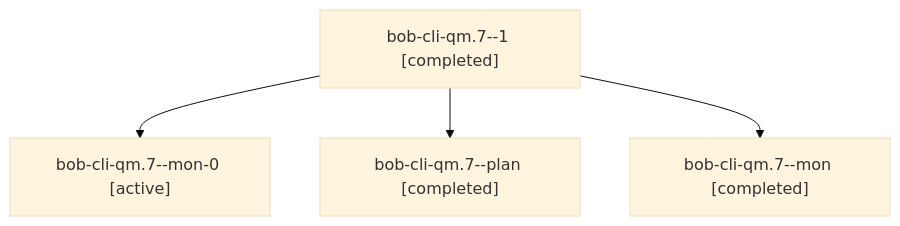
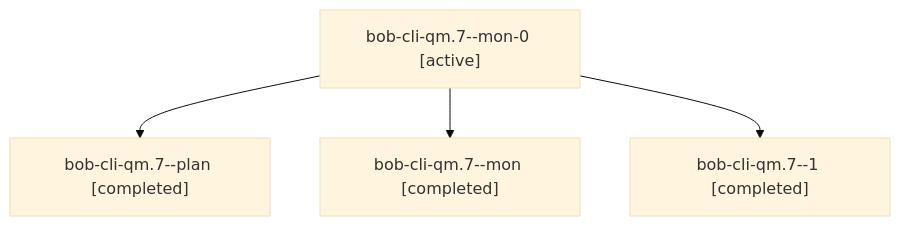
The diagram in sessions/bbugyi200.athena.bob-cli-qm.7.md (bobs-org/bob-cli--agents), drawn with Mermaid (base theme) before and after one commit. The commit also changed other lines of this file and 28 other files, not shown here.

````diff
--- a/sessions/bbugyi200.athena.bob-cli-qm.7.md
+++ b/sessions/bbugyi200.athena.bob-cli-qm.7.md
@@ -9,10 +9,10 @@
 ```mermaid
 flowchart TD
-  n0["bob-cli-qm.7--1 [completed]"]
-  n1["bob-cli-qm.7--mon-0 [active]"]
+  n0["bob-cli-qm.7--mon-0 [active]"]
+  n1["bob-cli-qm.7--plan [completed]"]
   n0 --> n1
-  n2["bob-cli-qm.7--plan [completed]"]
+  n2["bob-cli-qm.7--mon [completed]"]
   n0 --> n2
-  n3["bob-cli-qm.7--mon [completed]"]
+  n3["bob-cli-qm.7--1 [completed]"]
   n0 --> n3
 ```
````
